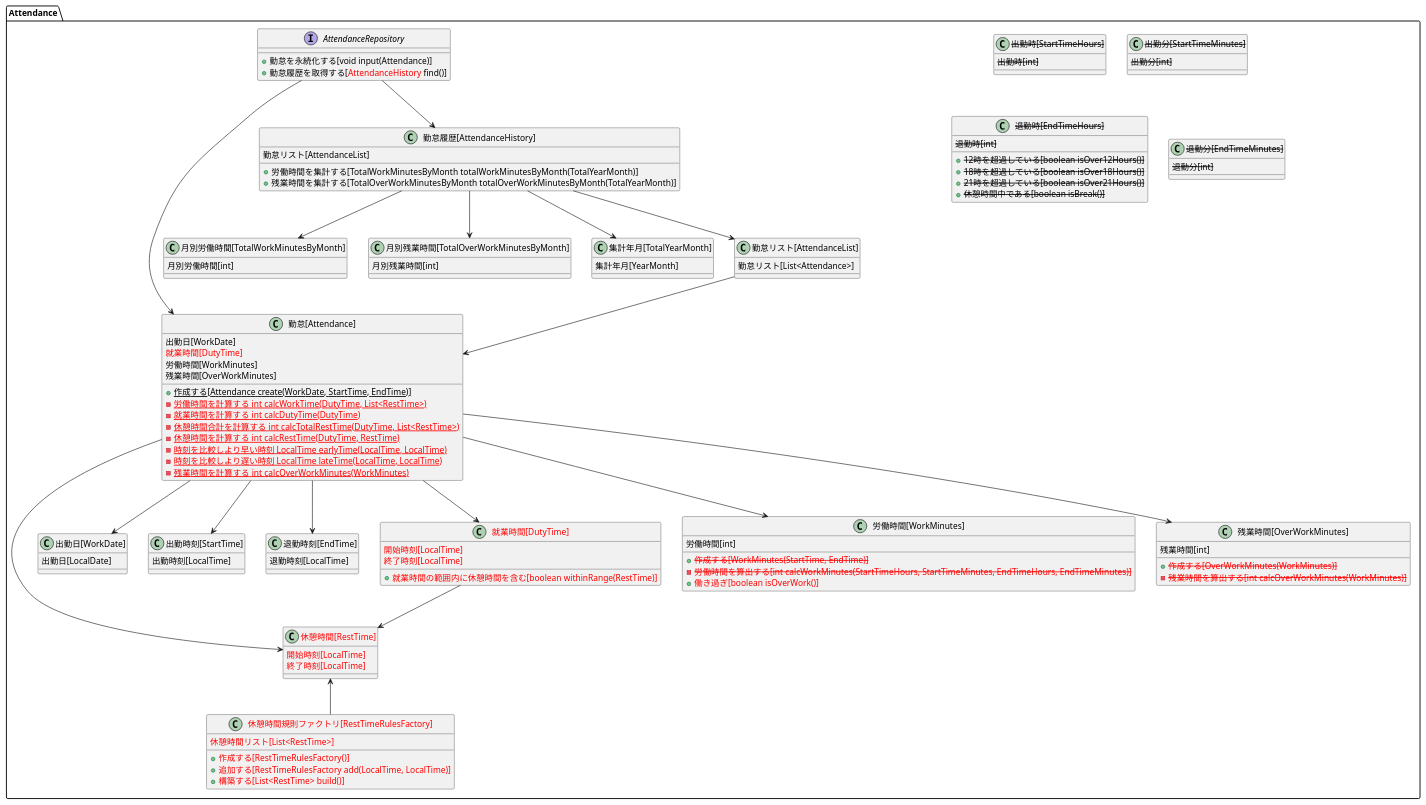
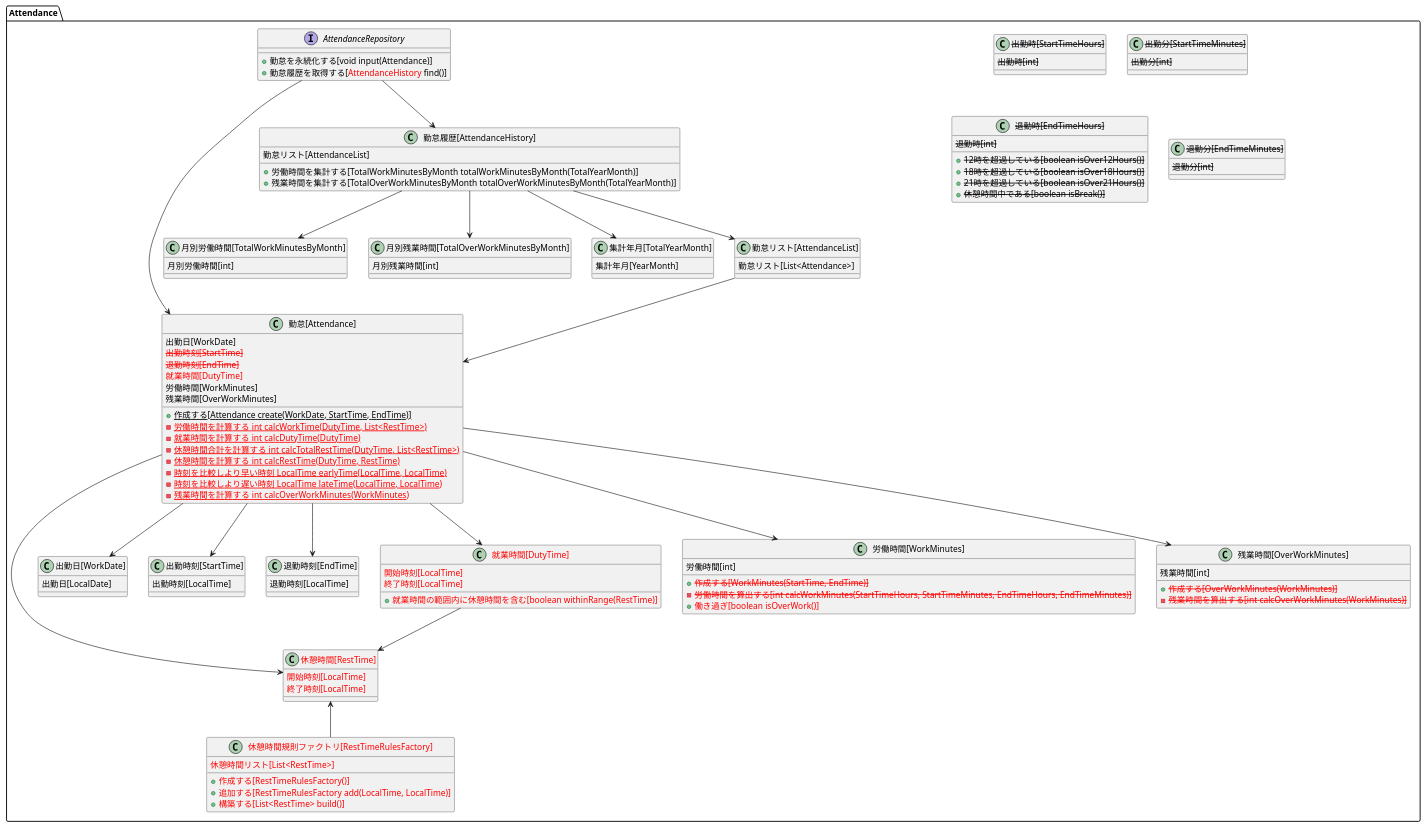
One commit to biglobe-isp/kintai changed the diagram in doument/モデル設計/attendance/Attendance_レビュー後修正.puml. Above: the diagram before and after it, drawn with PlantUML.

Commit message:
ドメインモデル図微修正

```diff
--- a/doument/モデル設計/attendance/Attendance_レビュー後修正.puml
+++ b/doument/モデル設計/attendance/Attendance_レビュー後修正.puml
@@ -1,134 +1,136 @@
 @startuml
 
 package Attendance {
 
 interface AttendanceRepository {
     + 勤怠を永続化する[void input(Attendance)]
     + 勤怠履歴を取得する[<color:red>AttendanceHistory</color> find()]
 }
 
 class "勤怠[Attendance]" as Attendance {
     出勤日[WorkDate]
+    <color:red><s>出勤時刻[StartTime]</s></color>
+    <color:red><s>退勤時刻[EndTime]</s></color>
     <color:red>就業時間[DutyTime]</color>
     労働時間[WorkMinutes]
     残業時間[OverWorkMinutes]
     + {static} 作成する[Attendance create(WorkDate, StartTime, EndTime)]
     - {static} <color:red>労働時間を計算する int calcWorkTime(DutyTime, List<RestTime>)</color>
     - {static} <color:red>就業時間を計算する int calcDutyTime(DutyTime)</color>
     - {static} <color:red>休憩時間合計を計算する int calcTotalRestTime(DutyTime, List<RestTime>)</color>
     - {static} <color:red>休憩時間を計算する int calcRestTime(DutyTime, RestTime)</color>
     - {static} <color:red>時刻を比較しより早い時刻 LocalTime earlyTime(LocalTime, LocalTime)</color>
     - {static} <color:red>時刻を比較しより遅い時刻 LocalTime lateTime(LocalTime, LocalTime)</color>
     - {static} <color:red>残業時間を計算する int calcOverWorkMinutes(WorkMinutes)</color>
 }
 
 class "勤怠履歴[AttendanceHistory]" as AttendanceHistory {
     勤怠リスト[AttendanceList]
     + 労働時間を集計する[TotalWorkMinutesByMonth totalWorkMinutesByMonth(TotalYearMonth)]
     + 残業時間を集計する[TotalOverWorkMinutesByMonth totalOverWorkMinutesByMonth(TotalYearMonth)]
 }
 
 class "月別労働時間[TotalWorkMinutesByMonth]" as TotalWorkMinutesByMonth {
     月別労働時間[int]
 }
 
 class "月別残業時間[TotalOverWorkMinutesByMonth]" as TotalOverWorkMinutesByMonth {
     月別残業時間[int]
 }
 
 class "集計年月[TotalYearMonth]" as TotalYearMonth {
     集計年月[YearMonth]
 }
 
 class "勤怠リスト[AttendanceList]" as AttendanceList {
     勤怠リスト[List<Attendance>]
 }
 
 class "出勤日[WorkDate]" as WorkDate {
     出勤日[LocalDate]
 }
 
 class "出勤時刻[StartTime]" as StartTime {
     出勤時刻[LocalTime]
 }
 
 class "退勤時刻[EndTime]" as EndTime {
     退勤時刻[LocalTime]
 }
 
 class "<color:red>就業時間[DutyTime]</color>" as DutyTime {
     <color:red>開始時刻[LocalTime]</color>
     <color:red>終了時刻[LocalTime]</color>
     + <color:red>就業時間の範囲内に休憩時間を含む[boolean withinRange(RestTime)]</color>
 }
 
 class "<color:red>休憩時間[RestTime]</color>" as RestTime {
     <color:red>開始時刻[LocalTime]</color>
     <color:red>終了時刻[LocalTime]</color>
 }
 
 class "労働時間[WorkMinutes]" as WorkMinutes {
     労働時間[int]
     + <color:red><s>作成する[WorkMinutes(StartTime, EndTime)]</s></color>
     - <color:red><s>労働時間を算出する[int calcWorkMinutes(StartTimeHours, StartTimeMinutes, EndTimeHours, EndTimeMinutes)]</s></color>
     + <color:red>働き過ぎ[boolean isOverWork()]</color>
 }
 
 class "残業時間[OverWorkMinutes]" as OverWorkMinutes {
     残業時間[int]
     + <color:red><s>作成する[OverWorkMinutes(WorkMinutes)]</s></color>
     - <color:red><s>残業時間を算出する[int calcOverWorkMinutes(WorkMinutes)]</s></color>
 }
 
 class "<color:red>休憩時間規則ファクトリ[RestTimeRulesFactory]</color>" as RestTimeRulesFactory {
     <color:red>休憩時間リスト[List<RestTime>]</color>
     + <color:red>作成する[RestTimeRulesFactory()]</color>
     + <color:red>追加する[RestTimeRulesFactory add(LocalTime, LocalTime)]</color>
     + <color:red>構築する[List<RestTime> build()]</color>
 }
 
 class "<s>出勤時[StartTimeHours]</s>" as StartTimeHours {
     <s>出勤時[int]</s>
 }
 
 class "<s>出勤分[StartTimeMinutes]</s>" as StartTimeMinutes {
     <s>出勤分[int]</s>
 }
 
 class "<s>退勤時[EndTimeHours]</s>" as EndTimeHours {
     <s>退勤時[int]</s>
     + <s>12時を超過している[boolean isOver12Hours()]</s>
     + <s>18時を超過している[boolean isOver18Hours()]</s>
     + <s>21時を超過している[boolean isOver21Hours()]</s>
     + <s>休憩時間中である[boolean isBreak()]</s>
 }
 
 class "<s>退勤分[EndTimeMinutes]</s>" as EndTimeMinutes {
     <s>退勤分[int]</s>
 }
 
 AttendanceRepository -down-> Attendance
 AttendanceRepository -down-> AttendanceHistory
 
 AttendanceHistory -down-> AttendanceList
 AttendanceList -down-> Attendance
 
 AttendanceHistory -down-> TotalWorkMinutesByMonth
 AttendanceHistory -down-> TotalOverWorkMinutesByMonth
 AttendanceHistory -down-> TotalYearMonth
 
 Attendance -down-> WorkDate
 Attendance -down-> StartTime
 Attendance -down-> EndTime
 Attendance -down-> DutyTime
 Attendance -down-> RestTime
 Attendance -down-> WorkMinutes
 Attendance -down-> OverWorkMinutes
 
 DutyTime -down-> RestTime
 
 RestTimeRulesFactory -up-> RestTime
 
 }
 
 @enduml
```
